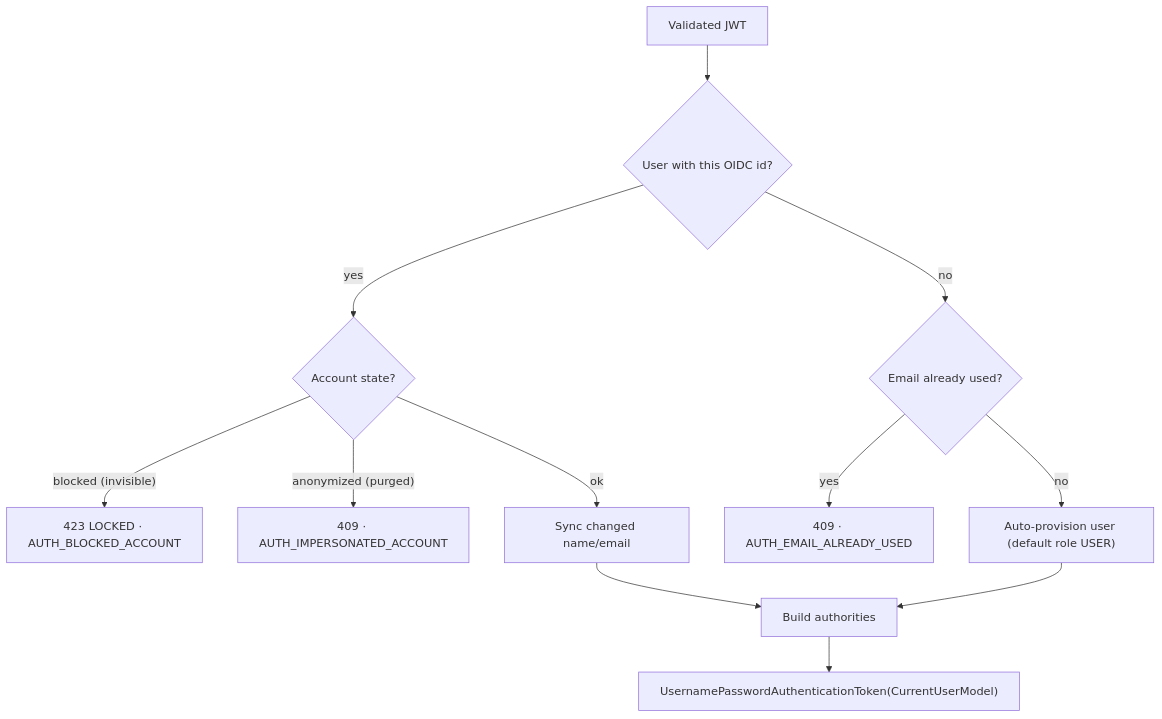
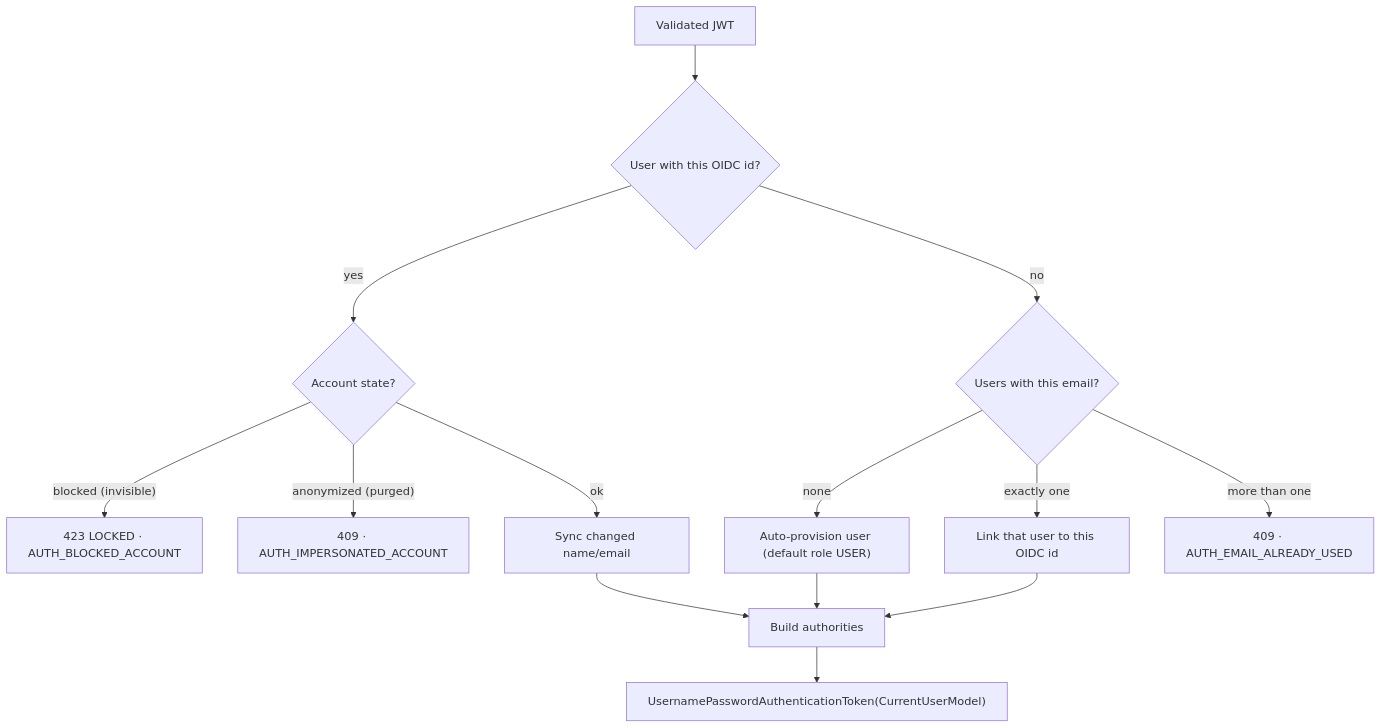
The second of 2 diagrams in documentation/registry/technical/security.md (laucoin/Documentations), drawn with Mermaid before and after one commit. The commit also changed other lines of this file and 10 other files, not shown here.

````diff
--- a/documentation/registry/technical/security.md
+++ b/documentation/registry/technical/security.md
@@ -42,14 +62,16 @@
 ```mermaid
 flowchart TD
     A["Validated JWT"] --> B{"User with this OIDC id?"}
     B -- yes --> C{"Account state?"}
     C -- "blocked (invisible)" --> X["423 LOCKED · AUTH_BLOCKED_ACCOUNT"]
     C -- "anonymized (purged)" --> Y["409 · AUTH_IMPERSONATED_ACCOUNT"]
     C -- ok --> D["Sync changed name/email"]
-    B -- no --> E{"Email already used?"}
-    E -- "yes" --> Z["409 · AUTH_EMAIL_ALREADY_USED"]
-    E -- "no" --> F["Auto-provision user (default role USER)"]
+    B -- no --> E{"Users with this email?"}
+    E -- "none" --> F["Auto-provision user (default role USER)"]
+    E -- "exactly one" --> L["Link that user to this OIDC id"]
+    E -- "more than one" --> Z["409 · AUTH_EMAIL_ALREADY_USED"]
     D --> G["Build authorities"]
     F --> G
+    L --> G
     G --> H["UsernamePasswordAuthenticationToken(CurrentUserModel)"]
 ```
````
